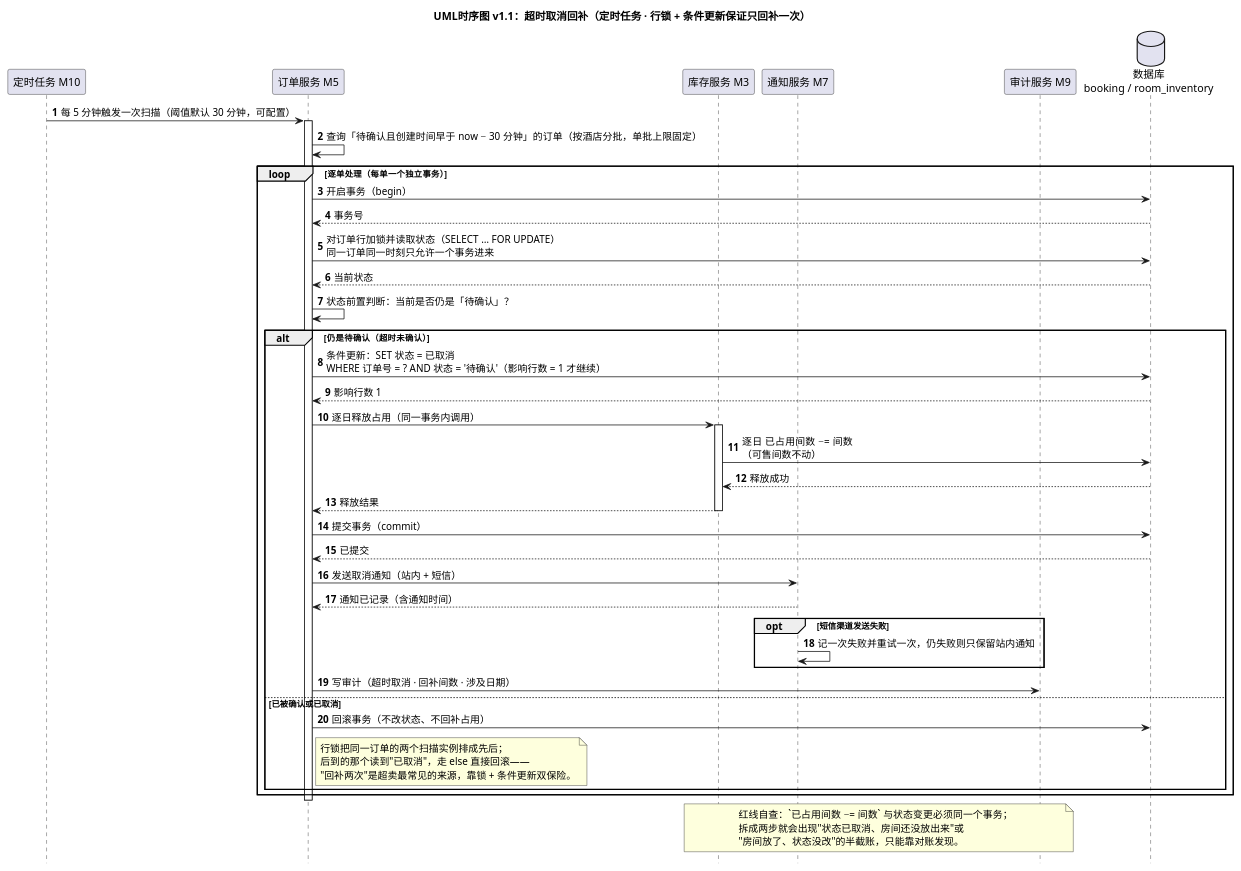
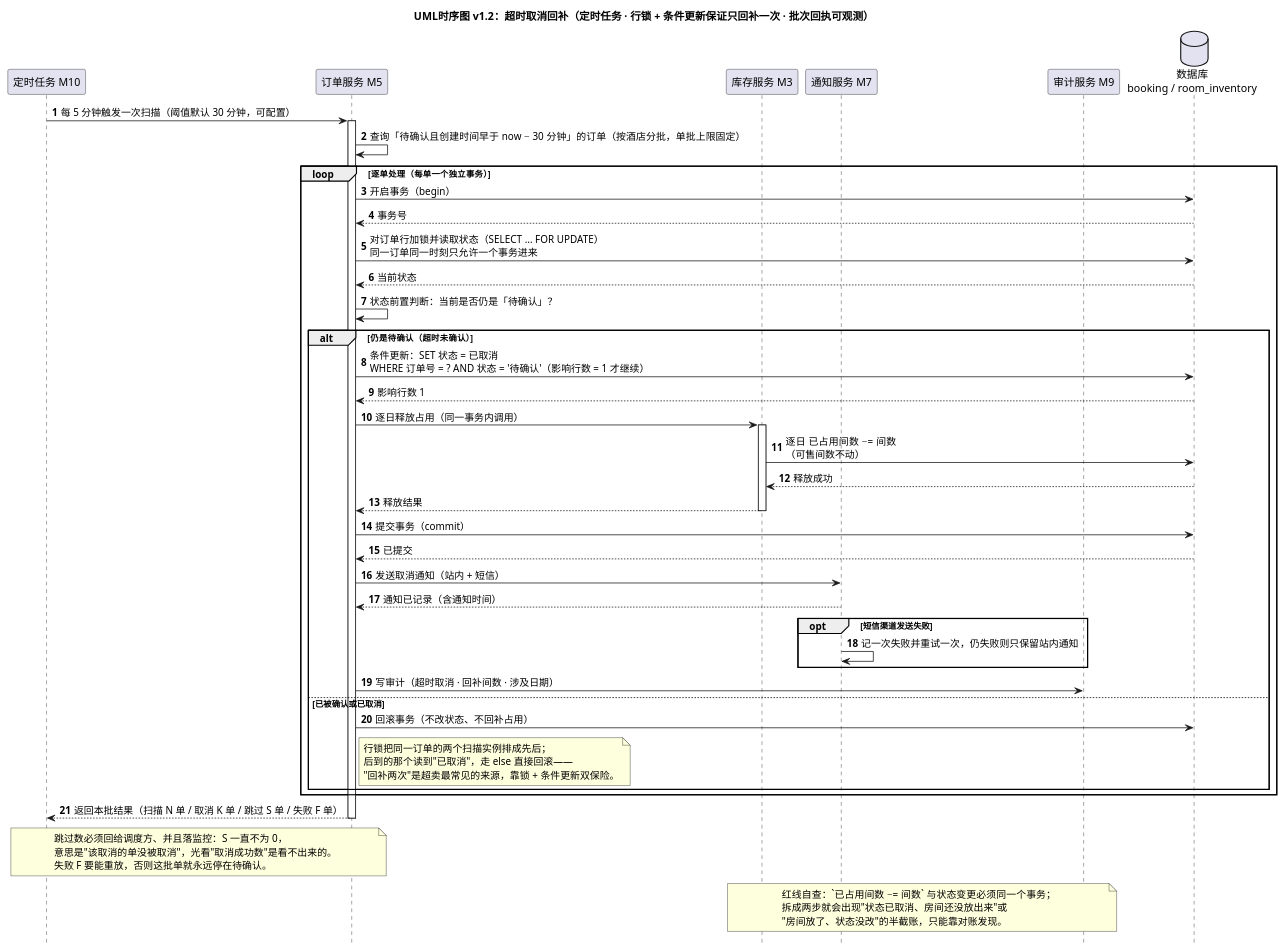
The diagram in exp2/UML/UML时序图-超时取消.puml (ChenYiFanAccount/softeng-lab1-requirements), drawn with PlantUML before and after one commit. The commit also changed 1 other file, not shown here.

Commit message:
[人工] S4 超时时序图：补批次回执，把跳过数单独拎出来
定时任务从触发到逐单取消，中间没有任何回执，跑完是黑盒。补一条 M5 到 M10 的批次结果（扫描/取消/跳过/失败），并说明跳过数持续不为 0 代表该取消的没取消，只看取消成功数是发现不了的；失败要可重放，否则这批单永远停在待确认。

```diff
--- a/exp2/UML/UML时序图-超时取消.puml
+++ b/exp2/UML/UML时序图-超时取消.puml
@@ -1,59 +1,67 @@
 @startuml
-' 版本：v1.1（2026-11-12，S4 交互图，REQ-007 / REQ-010 / REQ-019 / REQ-023）
+' 版本：v1.2（2026-11-12，S4 交互图，REQ-007 / REQ-010 / REQ-019 / REQ-023; 补批次回执与跳过/失败计数）
 ' 修订：v1.0 只有 M5 自调用"状态前置判断"，没有订单行锁——两个扫描实例并发时会双回补；
 '      v1.1 补上"对订单行加锁 + 条件更新（影响行数=1 才继续）"，这才是 02 §5 里写的"订单行锁"。
-title UML时序图 v1.1：超时取消回补（定时任务 · 行锁 + 条件更新保证只回补一次）
+'      v1.2 批次回执可观测
+title UML时序图 v1.2：超时取消回补（定时任务 · 行锁 + 条件更新保证只回补一次 · 批次回执可观测）
 autonumber
 hide footbox
 
 participant "定时任务 M10" as M10
 participant "订单服务 M5" as M5
 participant "库存服务 M3" as M3
 participant "通知服务 M7" as M7
 participant "审计服务 M9" as M9
 database "数据库\nbooking / room_inventory" as DB
 
 M10 -> M5 : 每 5 分钟触发一次扫描（阈值默认 30 分钟，可配置）
 activate M5
 M5 -> M5 : 查询「待确认且创建时间早于 now − 30 分钟」的订单（按酒店分批，单批上限固定）
 
 loop 逐单处理（每单一个独立事务）
   M5 -> DB : 开启事务（begin）
   DB --> M5 : 事务号
   M5 -> DB : 对订单行加锁并读取状态（SELECT … FOR UPDATE）\n同一订单同一时刻只允许一个事务进来
   DB --> M5 : 当前状态
   M5 -> M5 : 状态前置判断：当前是否仍是「待确认」？
 
   alt 仍是待确认（超时未确认）
     M5 -> DB : 条件更新：SET 状态 = 已取消\nWHERE 订单号 = ? AND 状态 = '待确认'（影响行数 = 1 才继续）
     DB --> M5 : 影响行数 1
     M5 -> M3 : 逐日释放占用（同一事务内调用）
     activate M3
     M3 -> DB : 逐日 已占用间数 −= 间数\n（可售间数不动）
     DB --> M3 : 释放成功
     M3 --> M5 : 释放结果
     deactivate M3
     M5 -> DB : 提交事务（commit）
     DB --> M5 : 已提交
     M5 -> M7 : 发送取消通知（站内 + 短信）
     M7 --> M5 : 通知已记录（含通知时间）
 
     opt 短信渠道发送失败
       M7 -> M7 : 记一次失败并重试一次，仍失败则只保留站内通知
     end
 
     M5 -> M9 : 写审计（超时取消 · 回补间数 · 涉及日期）
   else 已被确认或已取消
     M5 -> DB : 回滚事务（不改状态、不回补占用）
     note right of M5 : 行锁把同一订单的两个扫描实例排成先后；\n后到的那个读到"已取消"，走 else 直接回滚——\n"回补两次"是超卖最常见的来源，靠锁 + 条件更新双保险。
   end
 end
 
+M5 --> M10 : 返回本批结果（扫描 N 单 / 取消 K 单 / 跳过 S 单 / 失败 F 单）
+note over M10, M5
+  跳过数必须回给调度方、并且落监控：S 一直不为 0，
+  意思是"该取消的单没被取消"，光看"取消成功数"是看不出来的。
+  失败 F 要能重放，否则这批单就永远停在待确认。
+end note
+
 deactivate M5
 
 note over M3, M9
   红线自查：`已占用间数 −= 间数` 与状态变更必须同一个事务；
   拆成两步就会出现"状态已取消、房间还没放出来"或
   "房间放了、状态没改"的半截账，只能靠对账发现。
 end note
 @enduml
```
